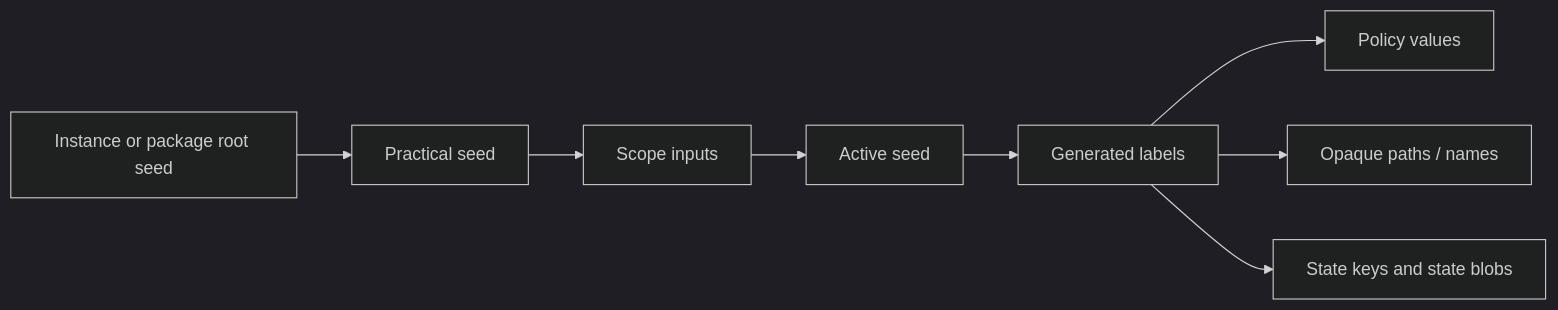
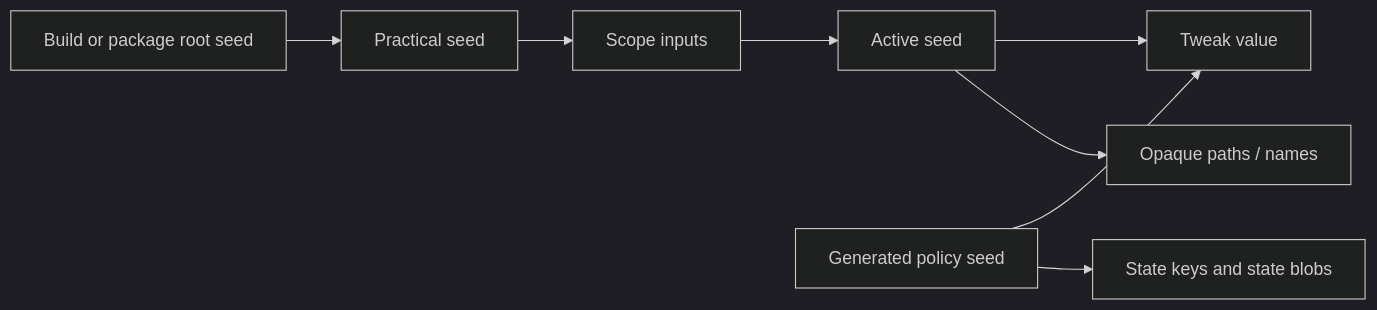
Before and after one commit to alecs297/loupehole: the diagram in docs/concepts/seeds.md, drawn with Mermaid (dark theme). The commit also changed other lines of this file and 26 other files, not shown here.

Commit message:
Refresh docs for tweak-level policy seeds

````diff
--- a/docs/concepts/seeds.md
+++ b/docs/concepts/seeds.md
@@ -35,10 +45,10 @@
 ```mermaid
 flowchart LR
-    Root[Instance or package root seed] --> Practical[Practical seed]
-    Practical --> Scope[Scope inputs]
-    Scope --> Active[Active seed]
-    Active --> Labels[Generated labels]
-    Labels --> Values[Policy values]
-    Labels --> Names[Opaque paths / names]
-    Labels --> State[State keys and state blobs]
+    Root["Build or package root seed"] --> Practical["Practical seed"]
+    Practical --> Scope["Scope inputs"]
+    Scope --> Active["Active seed"]
+    Policy["Generated policy seed"] --> Value["Tweak value"]
+    Active --> Value
+    Active --> Names["Opaque paths / names"]
+    Policy --> State["State keys and state blobs"]
 ```
````
